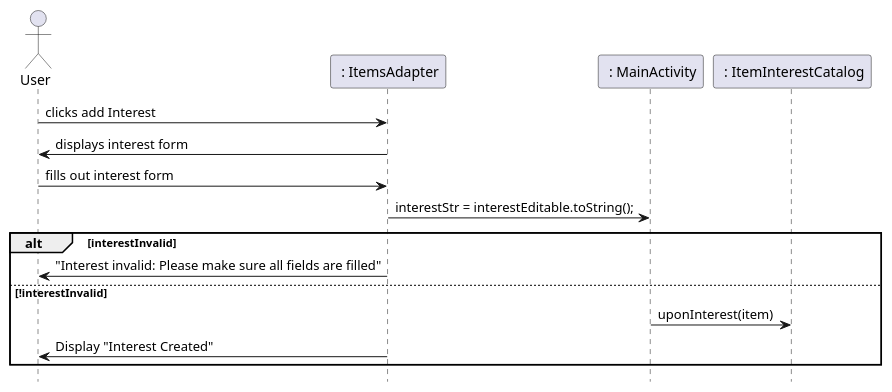
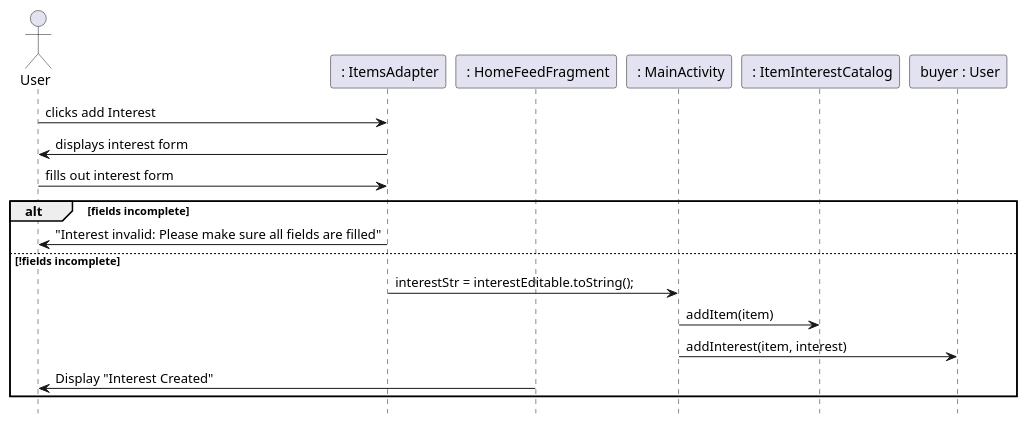
The third of 8 diagrams in IntelliJ/Doc/design.md (remyben-creator/Marketplace-Application), drawn with PlantUML before and after one commit. The commit also changed other lines of this file and 1 other file, not shown here.

Commit message:
Sequence Diagrams Finalized

````diff
--- a/IntelliJ/Doc/design.md
+++ b/IntelliJ/Doc/design.md
@@ -77,19 +85,23 @@
 ```plantuml
 hide footbox
 actor User as user
 participant " : ItemsAdapter" as ui
+participant " : HomeFeedFragment" as ui2
 participant " : MainActivity" as controller
 participant " : ItemInterestCatalog" as iteminterestcatalog
+participant " buyer : User" as buyer
 
 user -> ui : clicks add Interest
 ui -> user : displays interest form
 user -> ui : fills out interest form 
-ui -> controller : interestStr = interestEditable.toString();  
-alt interestInvalid 
+alt fields incomplete
  ui -> user : "Interest invalid: Please make sure all fields are filled"
-else !interestInvalid
- controller -> iteminterestcatalog : uponInterest(item)
- ui -> user : Display "Interest Created"
+else !fields incomplete
+ ui -> controller : interestStr = interestEditable.toString();  
+ controller -> iteminterestcatalog : addItem(item)
+ controller -> buyer : addInterest(item, interest)
+ ui2 -> user : Display "Interest Created"
 end
 
+
 ```
````
